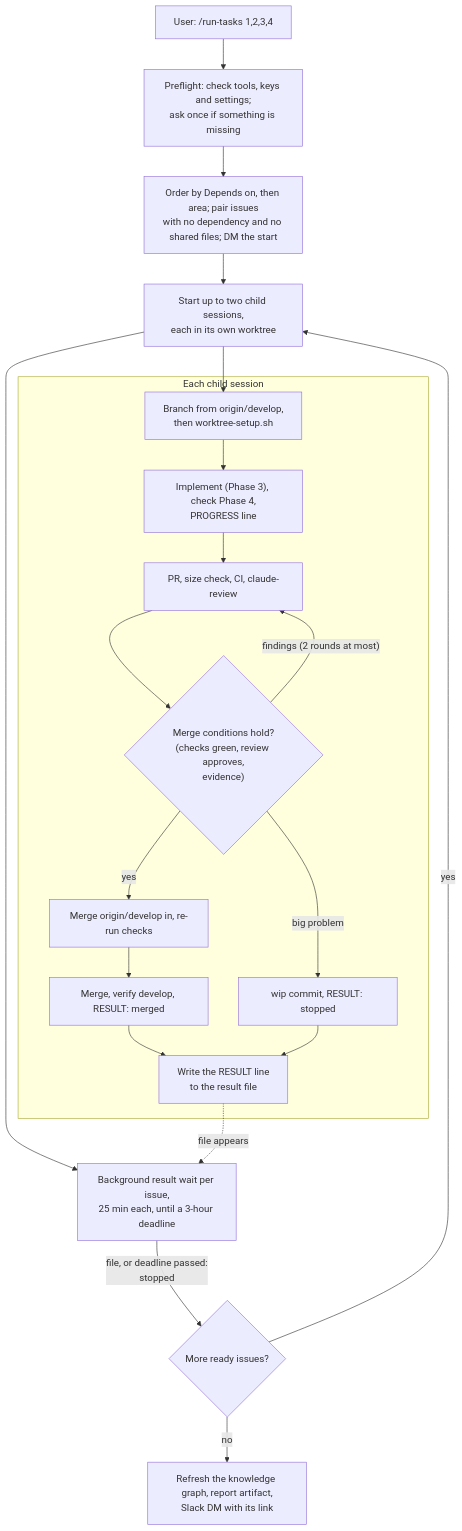
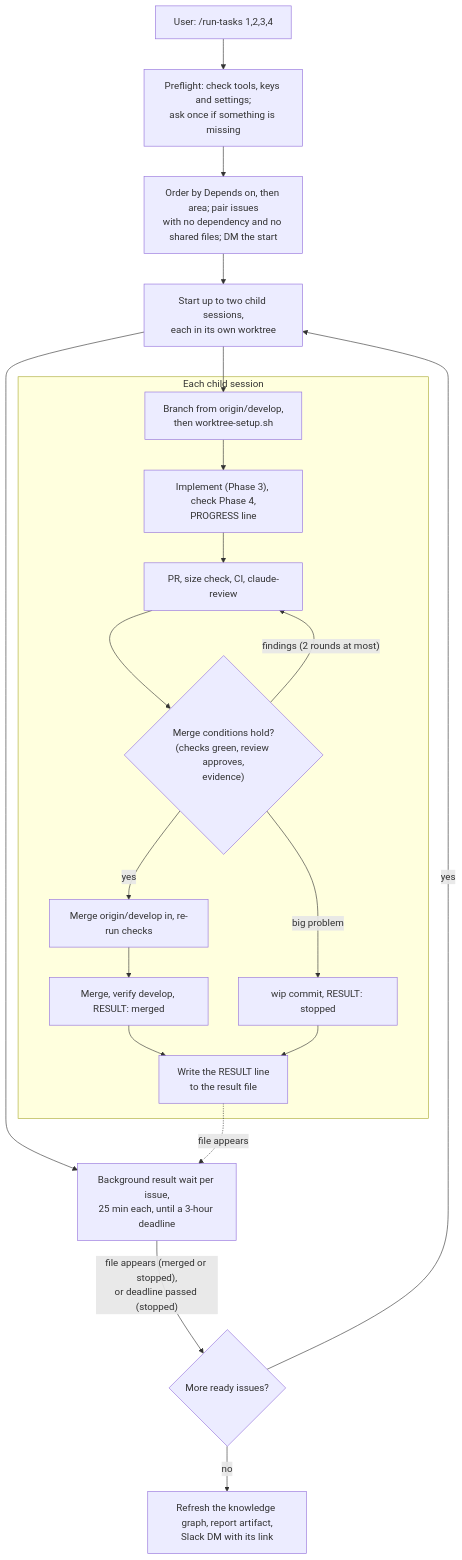
The fifth of 5 diagrams in docs/workflow.md (huynguyennang-agilityio/claude-code-training), drawn with Mermaid before and after one commit. The commit also changed other lines of this file and 1 other file, not shown here.

Commit message:
chore(infra): extend once for a child still working at the deadline
At the 3-hour deadline the parent keeps the slot and extends the
deadline by 1 hour once when list_sessions shows the child still
working, and checks the PR state before counting the issue as stopped,
so a merged PR is never reported as stopped. The section 5 diagram
label no longer reads a found result file as a stop (review round 2 of
PR #208).

````diff
--- a/docs/workflow.md
+++ b/docs/workflow.md
@@ -121,23 +121,23 @@
 ```mermaid
 flowchart TD
     A["User: /run-tasks 1,2,3,4"] --> PF["Preflight: check tools, keys and settings;<br/>ask once if something is missing"]
     PF --> O["Order by Depends on, then area; pair issues<br/>with no dependency and no shared files; DM the start"]
     O --> C["Start up to two child sessions,<br/>each in its own worktree"]
     subgraph child ["Each child session"]
       W["Branch from origin/develop,<br/>then worktree-setup.sh"] --> I["Implement (Phase 3), check Phase 4,<br/>PROGRESS line"]
       I --> P["PR, size check, CI, claude-review"]
       P --> F{"Merge conditions hold?<br/>(checks green, review approves,<br/>evidence)"}
       F -- "findings (2 rounds at most)" --> P
       F -- yes --> D["Merge origin/develop in, re-run checks"]
       D --> M["Merge, verify develop, RESULT: merged"]
       F -- "big problem" --> S["wip commit, RESULT: stopped"]
       M --> RF["Write the RESULT line<br/>to the result file"]
       S --> RF
     end
     C --> W
     C --> RW["Background result wait per issue,<br/>25 min each, until a 3-hour deadline"]
     RF -. "file appears" .-> RW
-    RW -- "file, or deadline passed:<br/>stopped" --> N{"More ready issues?"}
+    RW -- "file appears (merged or stopped),<br/>or deadline passed (stopped)" --> N{"More ready issues?"}
     N -- yes --> C
     N -- no --> E["Refresh the knowledge graph, report artifact,<br/>Slack DM with its link"]
 ```
````
